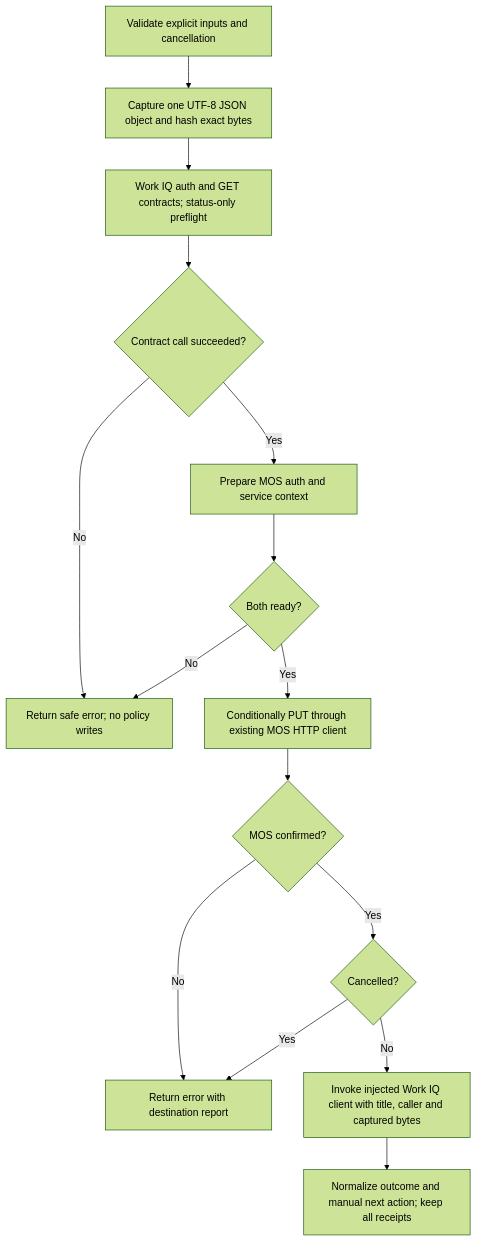
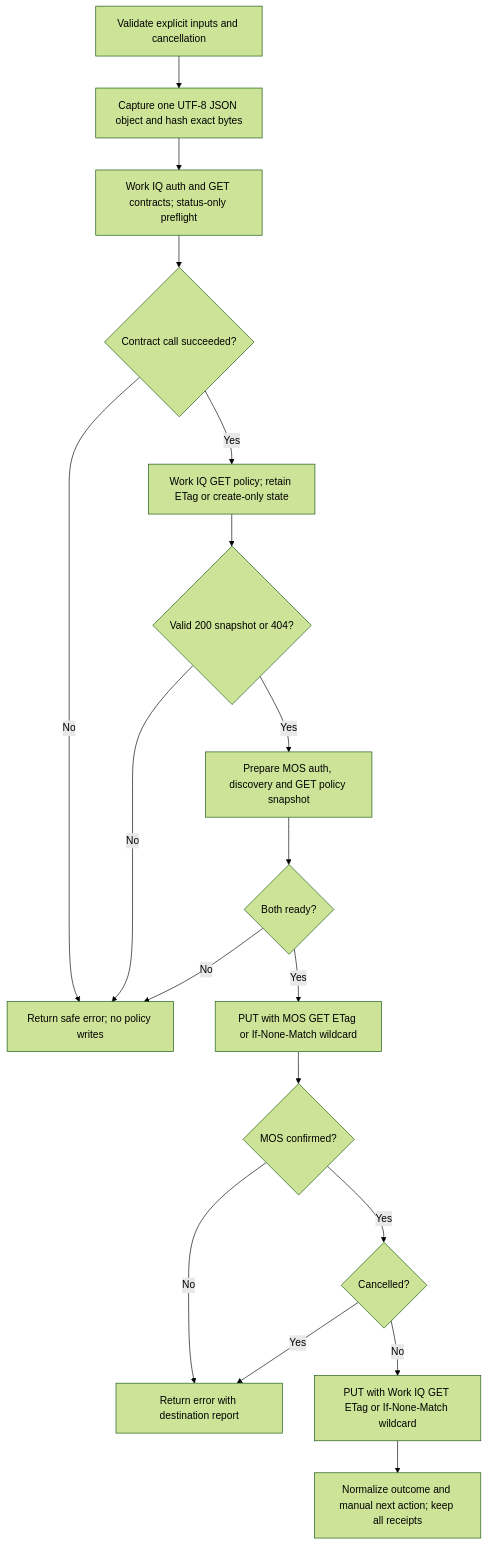
One commit to OfficeDev/microsoft-365-agents-toolkit changed the diagram in docs/03-specs/operations/lifecycle/workiq-publish-policy.md. Above: the diagram before and after it, drawn with Mermaid (forest theme). The commit also changed other lines of this file and 13 other files, not shown here.

````diff
--- a/docs/03-specs/operations/lifecycle/workiq-publish-policy.md
+++ b/docs/03-specs/operations/lifecycle/workiq-publish-policy.md
@@ -190,17 +208,20 @@
 ```mermaid
 flowchart TD
   Input[Validate explicit inputs and cancellation] --> Capture[Capture one UTF-8 JSON object and hash exact bytes]
   Capture --> Contract[Work IQ auth and GET contracts; status-only preflight]
   Contract --> ContractReady{Contract call succeeded?}
   ContractReady -->|No| PreflightFailure[Return safe error; no policy writes]
-  ContractReady -->|Yes| Preflight[Prepare MOS auth and service context]
+  ContractReady -->|Yes| WIQRead[Work IQ GET policy; retain ETag or create-only state]
+  WIQRead --> WIQReady{Valid 200 snapshot or 404?}
+  WIQReady -->|No| PreflightFailure
+  WIQReady -->|Yes| Preflight[Prepare MOS auth, discovery and GET policy snapshot]
   Preflight --> Ready{Both ready?}
   Ready -->|No| PreflightFailure
-  Ready -->|Yes| MOS[Conditionally PUT through existing MOS HTTP client]
+  Ready -->|Yes| MOS[PUT with MOS GET ETag or If-None-Match wildcard]
   MOS --> Confirmed{MOS confirmed?}
   Confirmed -->|No| Failure[Return error with destination report]
   Confirmed -->|Yes| Cancelled{Cancelled?}
   Cancelled -->|Yes| Failure
-  Cancelled -->|No| WIQ[Invoke injected Work IQ client with title, caller and captured bytes]
+  Cancelled -->|No| WIQ[PUT with Work IQ GET ETag or If-None-Match wildcard]
   WIQ --> Report[Normalize outcome and manual next action; keep all receipts]
 ```
````
